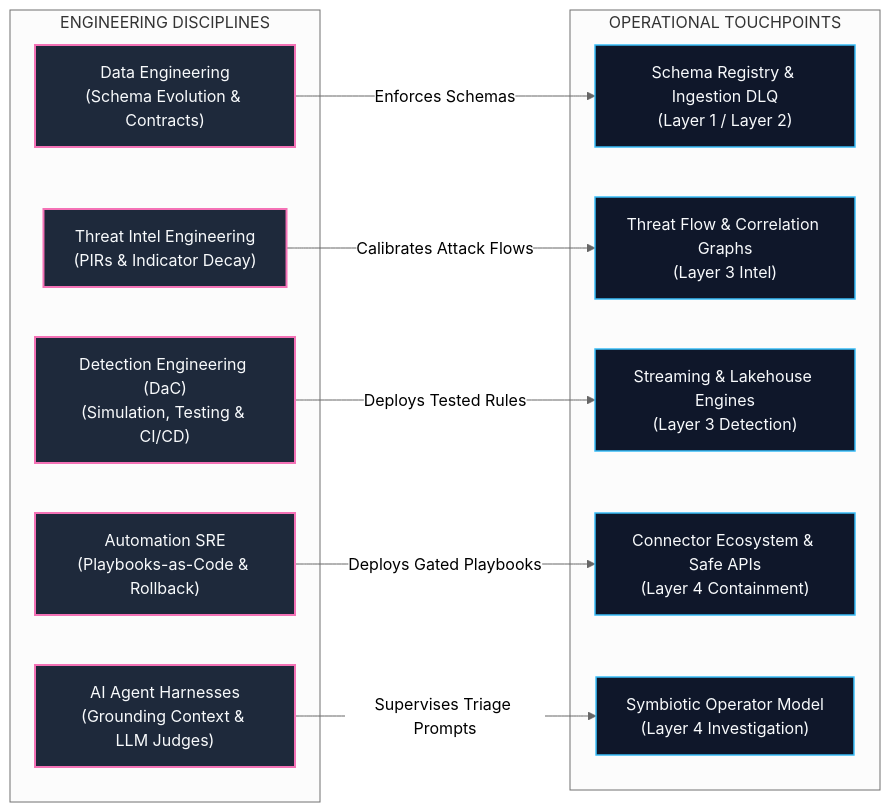
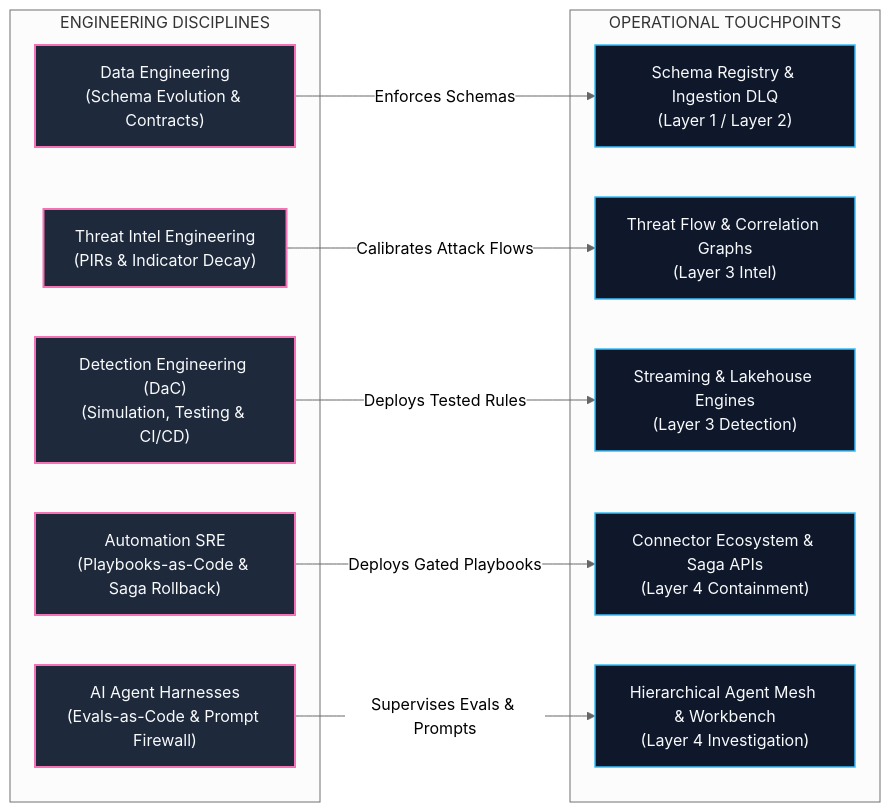
The second of 3 diagrams in docs/architecture/01-system-overview.md (Haribu/TIDIR), drawn with Mermaid (neutral theme) before and after one commit. The commit also changed other lines of this file and 34 other files, not shown here.

````diff
--- a/docs/architecture/01-system-overview.md
+++ b/docs/architecture/01-system-overview.md
@@ -71,28 +71,28 @@
 ```mermaid
 flowchart LR
   %% Styling Classes
   classDef eng fill:#1e293b,stroke:#f472b6,stroke-width:2px,color:#f8fafc;
   classDef target fill:#0f172a,stroke:#38bdf8,stroke-width:1.5px,color:#f8fafc;
 
   subgraph DISCIPLINES ["ENGINEERING DISCIPLINES"]
     E1["Data Engineering\n(Schema Evolution & Contracts)"]:::eng
     E2["Threat Intel Engineering\n(PIRs & Indicator Decay)"]:::eng
     E3["Detection Engineering (DaC)\n(Simulation, Testing & CI/CD)"]:::eng
-    E4["Automation SRE\n(Playbooks-as-Code & Rollback)"]:::eng
-    E5["AI Agent Harnesses\n(Grounding Context & LLM Judges)"]:::eng
+    E4["Automation SRE\n(Playbooks-as-Code & Saga Rollback)"]:::eng
+    E5["AI Agent Harnesses\n(Evals-as-Code & Prompt Firewall)"]:::eng
   end
 
   subgraph TARGETS ["OPERATIONAL TOUCHPOINTS"]
     T_REG["Schema Registry & Ingestion DLQ\n(Layer 1 / Layer 2)"]:::target
     T_GRAPH["Threat Flow & Correlation Graphs\n(Layer 3 Intel)"]:::target
     T_ENG["Streaming & Lakehouse Engines\n(Layer 3 Detection)"]:::target
-    T_SOAR["Connector Ecosystem & Safe APIs\n(Layer 4 Containment)"]:::target
-    T_OPS["Symbiotic Operator Model\n(Layer 4 Investigation)"]:::target
+    T_RESP["Connector Ecosystem & Saga APIs\n(Layer 4 Containment)"]:::target
+    T_OPS["Hierarchical Agent Mesh & Workbench\n(Layer 4 Investigation)"]:::target
   end
 
   E1 -->|Enforces Schemas| T_REG
   E2 -->|Calibrates Attack Flows| T_GRAPH
   E3 -->|Deploys Tested Rules| T_ENG
-  E4 -->|Deploys Gated Playbooks| T_SOAR
-  E5 -->|Supervises Triage Prompts| T_OPS
+  E4 -->|Deploys Gated Playbooks| T_RESP
+  E5 -->|Supervises Evals & Prompts| T_OPS
 ```
````
